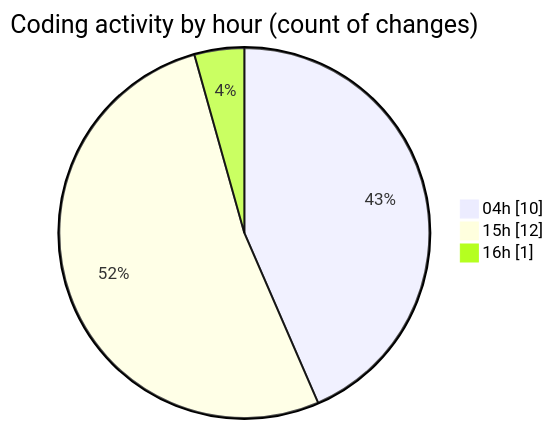
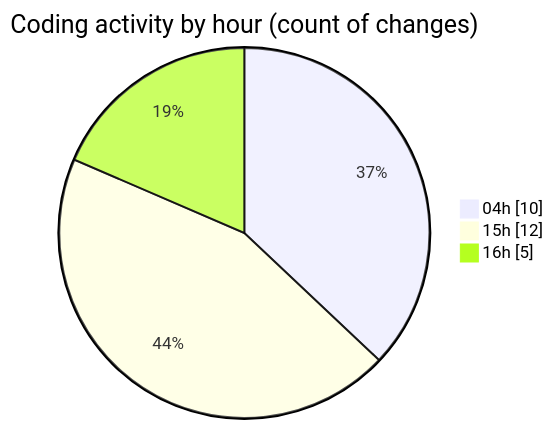
One commit to charlie-sans/code-tracking changed the second of 2 diagrams in 2025-03-17/sharpmasm/README.md. Above: the diagram before and after it, drawn with Mermaid. The commit also changed other lines of this file and 1 other file, not shown here.

````diff
--- a/2025-03-17/sharpmasm/README.md
+++ b/2025-03-17/sharpmasm/README.md
@@ -35,7 +35,7 @@
 ```mermaid
 pie showData
 title Coding activity by hour (count of changes)
 "04h" : 10
 "15h" : 12
-"16h" : 1
+"16h" : 5
 ```
````
